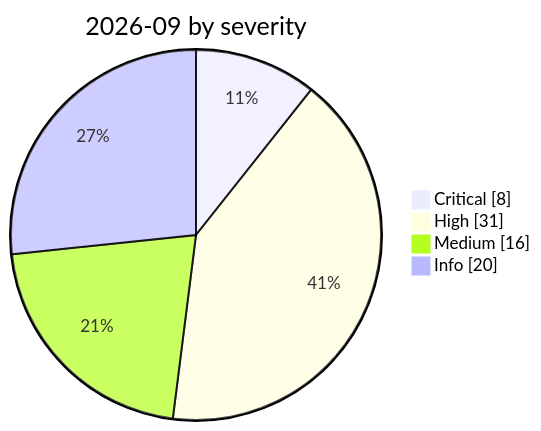
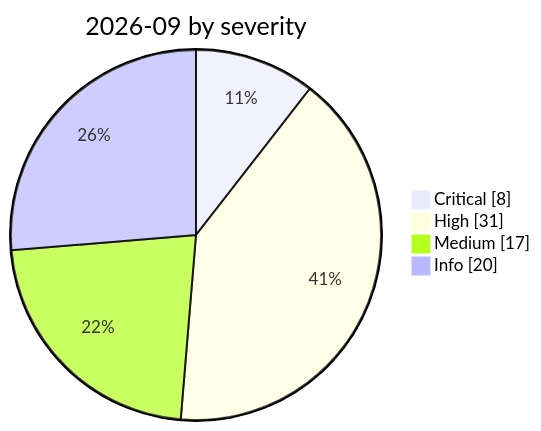
One commit to Continuum-AI-Corp/Orca-AI-Incident-Archive changed the diagram in incidents/2026-09/README.md. Above: the diagram before and after it, drawn with Mermaid. The commit also changed other lines of this file and 27 other files, not shown here.

````diff
--- a/incidents/2026-09/README.md
+++ b/incidents/2026-09/README.md
@@ -8,8 +8,8 @@
 ```mermaid
 pie showData
     title 2026-09 by severity
     "Critical" : 8
     "High" : 31
-    "Medium" : 16
+    "Medium" : 17
     "Info" : 20
 ```
````
